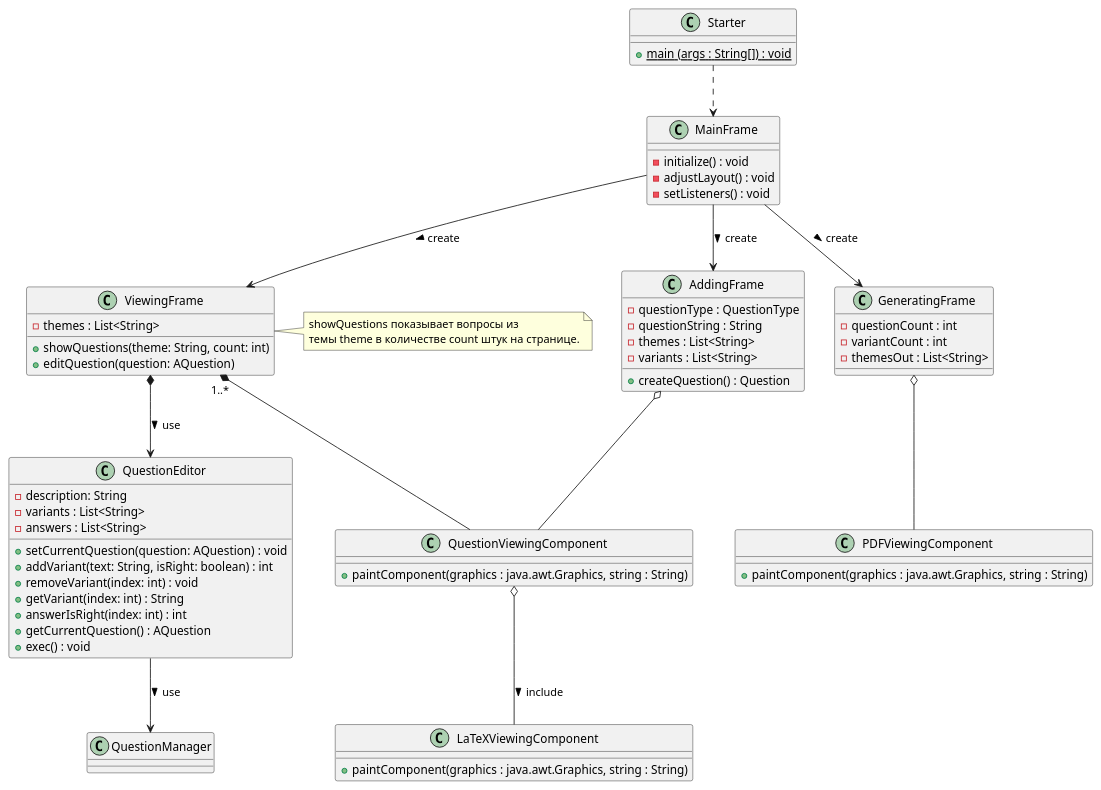
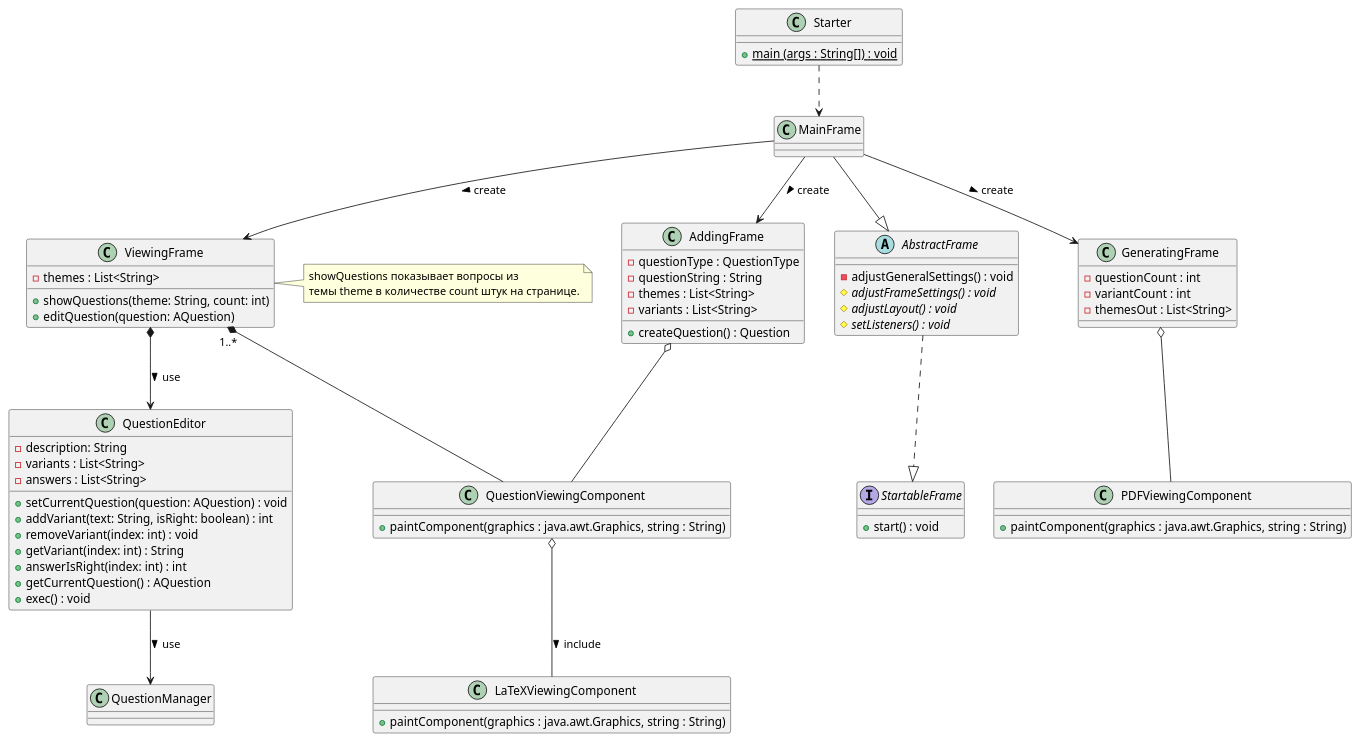
Before and after one commit to earring/testgenerator: the diagram in diags/classes/frames.puml, drawn with PlantUML. The commit also changed 4 other files, not shown here.

```diff
--- a/diags/classes/frames.puml
+++ b/diags/classes/frames.puml
@@ -1,78 +1,92 @@
 @startuml
 class Starter {
     +main {static} (args : String[]) : void
 }
 
+interface StartableFrame {
+    +start() : void
+}
+
+abstract class AbstractFrame {
+    -adjustGeneralSettings() : void
+    #adjustFrameSettings() {abstract} : void
+    #adjustLayout() {abstract} : void
+    #setListeners() {abstract} : void
+}
+
 class MainFrame {
-    -initialize() : void
-    -adjustLayout() : void
-    -setListeners() : void
+
 }
 
 class AddingFrame {
     -questionType : QuestionType
     -questionString : String
     -themes : List<String>
     -variants : List<String>
     +createQuestion() : Question
 }
 
 class ViewingFrame {
     -themes : List<String>
     +showQuestions(theme: String, count: int)
     +editQuestion(question: AQuestion)
 
 }
 
 class QuestionEditor {
     -description: String
     -variants : List<String>
     -answers : List<String>
     +setCurrentQuestion(question: AQuestion) : void
     +addVariant(text: String, isRight: boolean) : int
     +removeVariant(index: int) : void
     +getVariant(index: int) : String
     +answerIsRight(index: int) : int
     +getCurrentQuestion() : AQuestion
     +exec() : void
 }
 note right of ViewingFrame
     showQuestions показывает вопросы из
     темы theme в количестве count штук на странице.
 end note
 
 class GeneratingFrame {
     -questionCount : int
     -variantCount : int
     -themesOut : List<String>
 }
 
 
 class LaTeXViewingComponent {
     +paintComponent(graphics : java.awt.Graphics, string : String)
 }
 
 class QuestionViewingComponent {
     +paintComponent(graphics : java.awt.Graphics, string : String)
 }
 
 class PDFViewingComponent {
     +paintComponent(graphics : java.awt.Graphics, string : String)
 }
 
-AddingFrame o-- QuestionViewingComponent
-QuestionViewingComponent o-- LaTeXViewingComponent : include >
+Starter ..> MainFrame
 
-ViewingFrame "1..*" *-- QuestionViewingComponent
-GeneratingFrame o-- PDFViewingComponent
+AbstractFrame ..|> StartableFrame
+MainFrame --|> AbstractFrame
 
 MainFrame --> AddingFrame : create >
 MainFrame --> ViewingFrame : create >
 MainFrame --> GeneratingFrame : create >
 
+AddingFrame o-- QuestionViewingComponent
+QuestionViewingComponent o-- LaTeXViewingComponent : include >
+
 ViewingFrame *--> QuestionEditor : use >
 QuestionEditor --> QuestionManager : use >
 
-Starter ..> MainFrame
+ViewingFrame "1..*" *-- QuestionViewingComponent
+GeneratingFrame o-- PDFViewingComponent
+
+
 
 @enduml
```
